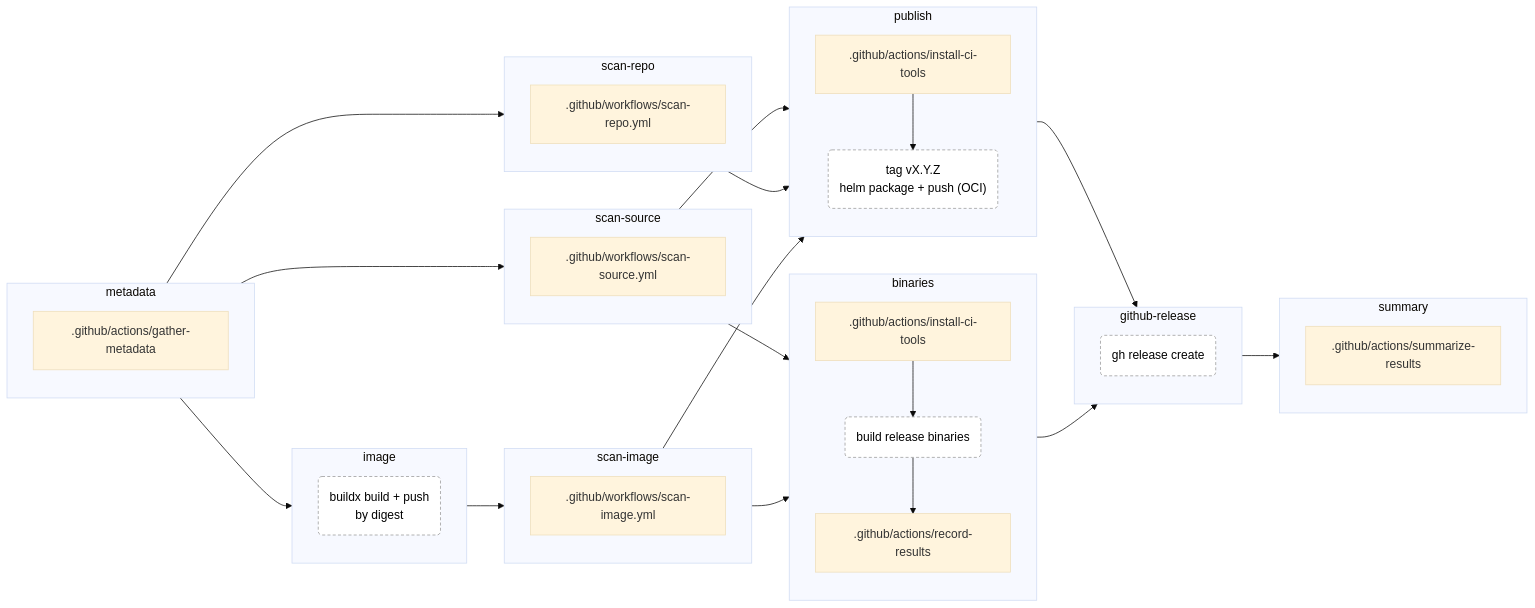
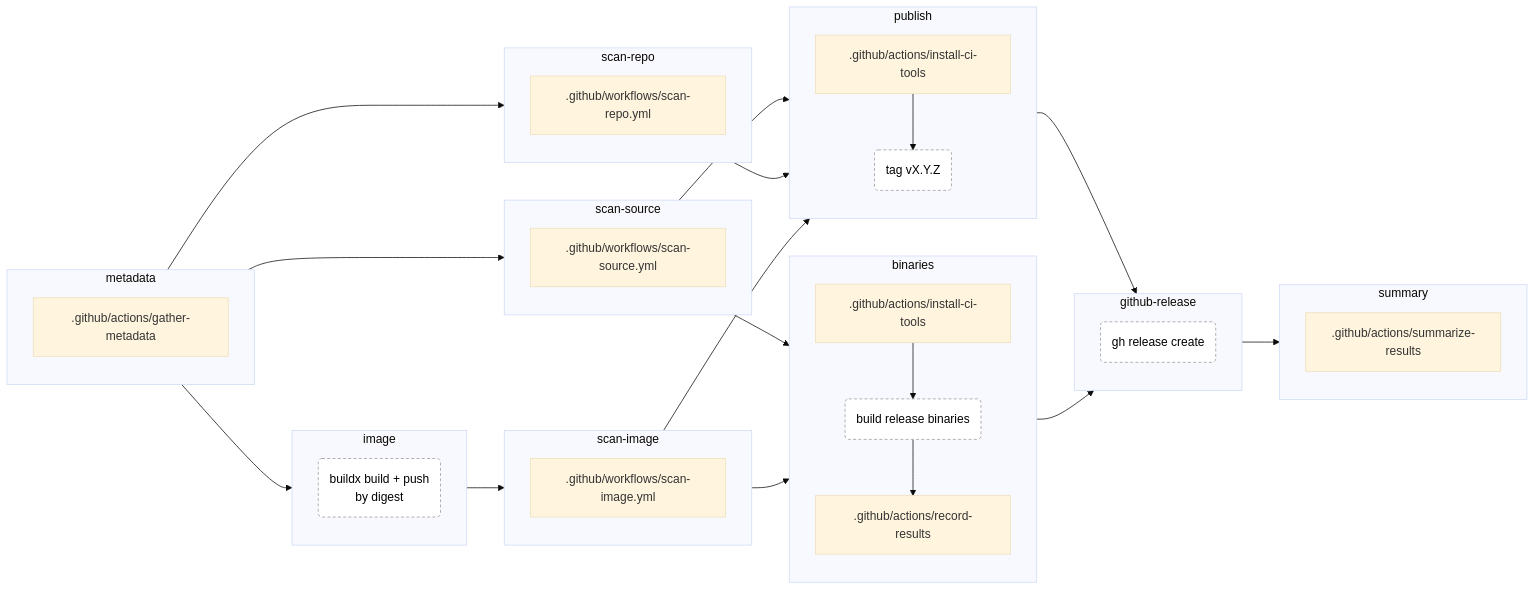
One commit to YoyoBesser/echo-pong changed the fourth of 8 diagrams in docs/GITHUB.md. Above: the diagram before and after it, drawn with Mermaid (base theme). The commit also changed other lines of this file and 9 other files, not shown here.

First line of the commit message:
release: publish only the image and binaries, no Helm chart

````diff
--- a/docs/GITHUB.md
+++ b/docs/GITHUB.md
@@ -166,57 +166,57 @@
 ```mermaid
 flowchart LR
   classDef do fill:#fff,stroke:#999,stroke-dasharray:4 3,color:#000
   subgraph j_metadata["metadata"]
     direction TB
     j_metadata_0[.github/actions/gather-metadata]
   end
   subgraph j_image["image"]
     direction TB
     j_image_0("buildx build + push<br>by digest"):::do
   end
   subgraph j_scan_source["scan-source"]
     direction TB
     j_scan_source_0[.github/workflows/scan-source.yml]
   end
   subgraph j_scan_repo["scan-repo"]
     direction TB
     j_scan_repo_0[.github/workflows/scan-repo.yml]
   end
   subgraph j_scan_image["scan-image"]
     direction TB
     j_scan_image_0[.github/workflows/scan-image.yml]
   end
   subgraph j_publish["publish"]
     direction TB
     j_publish_0[.github/actions/install-ci-tools]
-    j_publish_1("tag vX.Y.Z<br>helm package + push (OCI)"):::do
+    j_publish_1("tag vX.Y.Z"):::do
     j_publish_0 --> j_publish_1
   end
   subgraph j_binaries["binaries"]
     direction TB
     j_binaries_0[.github/actions/install-ci-tools]
     j_binaries_1("build release binaries"):::do
     j_binaries_2[.github/actions/record-results]
     j_binaries_0 --> j_binaries_1 --> j_binaries_2
   end
   subgraph j_github_release["github-release"]
     direction TB
     j_github_release_0("gh release create"):::do
   end
   subgraph j_summary["summary"]
     direction TB
     j_summary_0[.github/actions/summarize-results]
   end
   j_metadata --> j_image
   j_metadata --> j_scan_source
   j_metadata --> j_scan_repo
   j_image --> j_scan_image
   j_scan_source --> j_publish
   j_scan_repo --> j_publish
   j_scan_image --> j_publish
   j_scan_source --> j_binaries
   j_scan_image --> j_binaries
   j_publish --> j_github_release
   j_binaries --> j_github_release
   j_github_release --> j_summary
 ```
````
